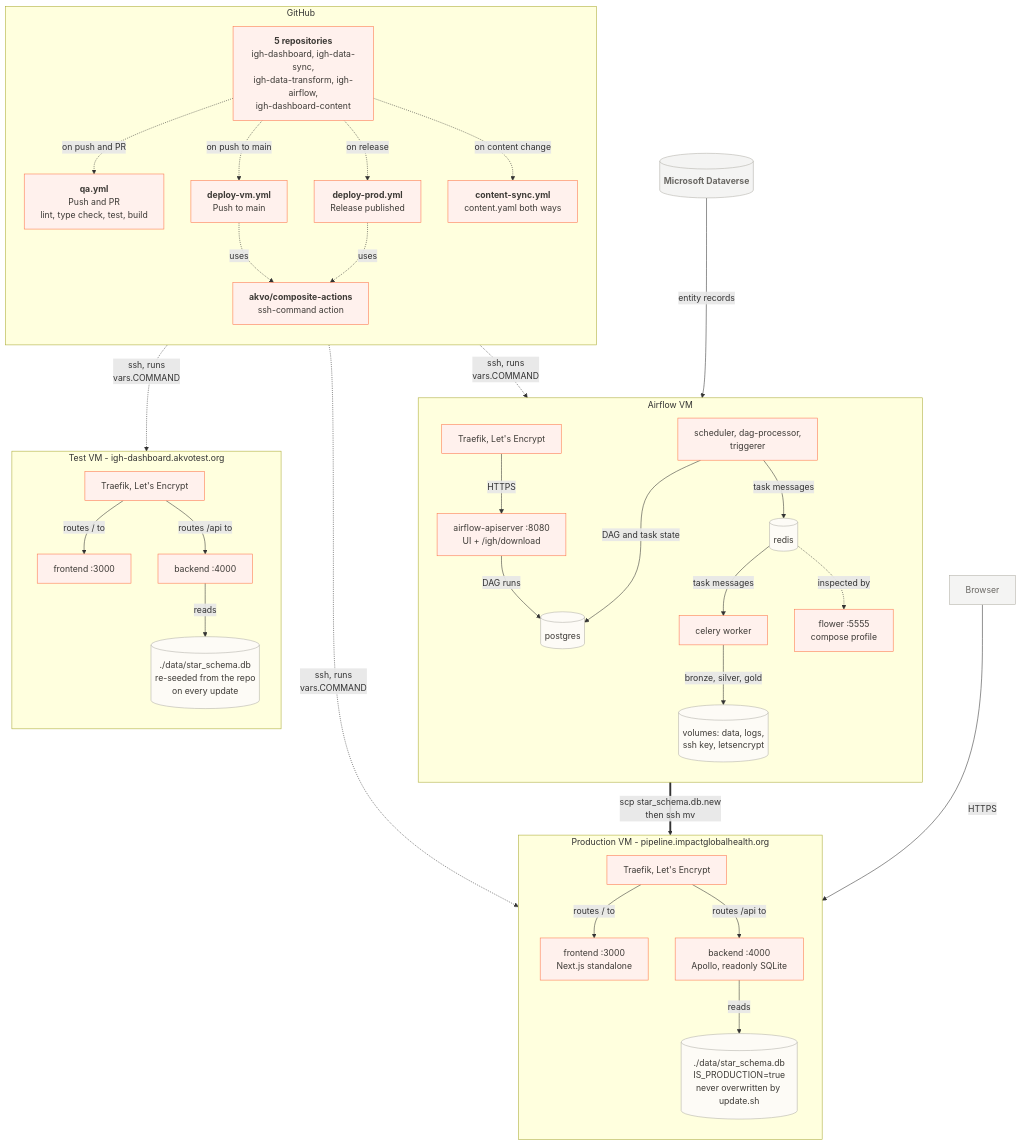
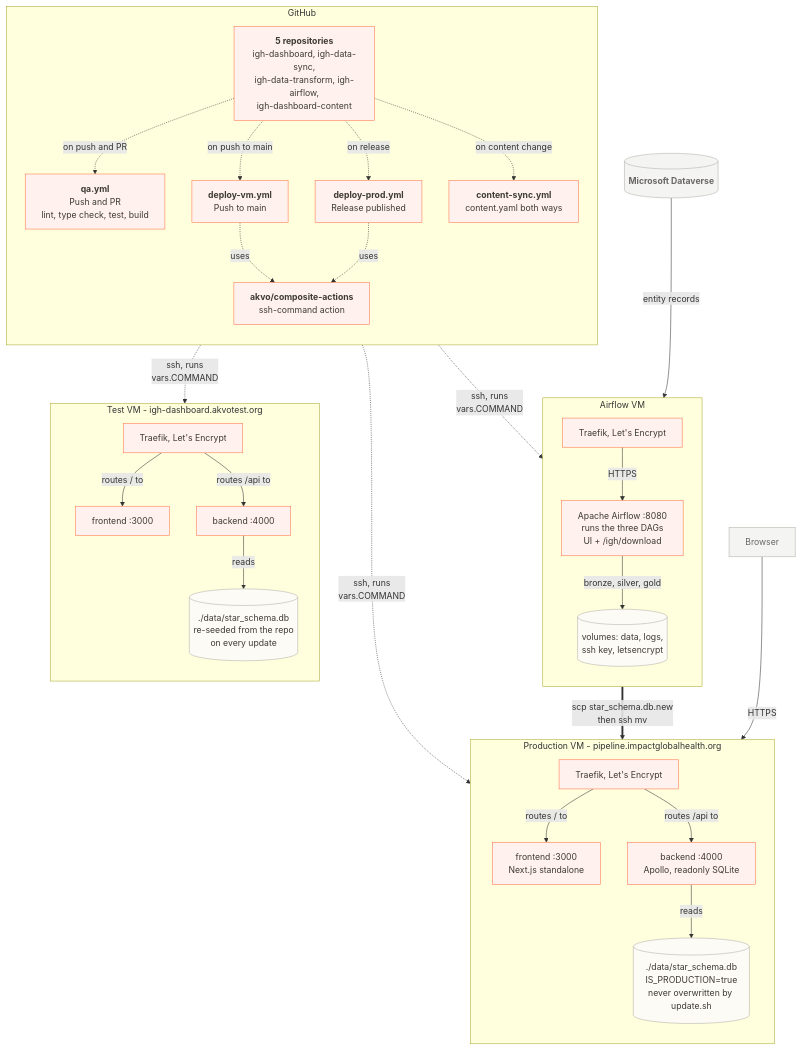
Before and after one commit to akvo/igh-dashboard: the diagram in docs/lld/diagrams/14-infrastructure.mmd, drawn with Mermaid. The commit also changed 6 other files, not shown here.

```diff
--- a/docs/lld/diagrams/14-infrastructure.mmd
+++ b/docs/lld/diagrams/14-infrastructure.mmd
@@ -1,77 +1,67 @@
 %% Infrastructure and deployment. Reads top to bottom: GitHub, then the three machines.
 %% Solid arrows carry data or requests and say what flows. Dotted arrows show one thing running another.
 flowchart TB
     dv[("<b>Microsoft Dataverse</b>")]
 
     subgraph gh["GitHub"]
         direction TB
         repos["<b>5 repositories</b><br/>igh-dashboard, igh-data-sync,<br/>igh-data-transform, igh-airflow,<br/>igh-dashboard-content"]
         qa["<b>qa.yml</b><br/>Push and PR<br/>lint, type check, test, build"]
         dtest["<b>deploy-vm.yml</b><br/>Push to main"]
         dprod["<b>deploy-prod.yml</b><br/>Release published"]
         csync["<b>content-sync.yml</b><br/>content.yaml both ways"]
         ca["<b>akvo/composite-actions</b><br/>ssh-command action"]
         repos -.->|"on push and PR"| qa
         repos -.->|"on push to main"| dtest
         repos -.->|"on release"| dprod
         repos -.->|"on content change"| csync
         dtest -.->|"uses"| ca
         dprod -.->|"uses"| ca
     end
 
     subgraph airvm["Airflow VM"]
         direction TB
         a_traefik["Traefik, Let's Encrypt"]
-        a_api["airflow-apiserver :8080<br/>UI + /igh/download"]
-        a_sched["scheduler, dag-processor,<br/>triggerer"]
-        a_redis[("redis")]
-        a_worker["celery worker"]
-        a_pg[("postgres")]
+        a_airflow["Apache Airflow :8080<br/>runs the three DAGs<br/>UI + /igh/download"]
         a_vols[("volumes: data, logs,<br/>ssh key, letsencrypt")]
-        a_flower["flower :5555<br/>compose profile"]
-        a_traefik -->|"HTTPS"| a_api
-        a_api -->|"DAG runs"| a_pg
-        a_sched -->|"DAG and task state"| a_pg
-        a_sched -->|"task messages"| a_redis
-        a_redis -->|"task messages"| a_worker
-        a_worker -->|"bronze, silver, gold"| a_vols
-        a_redis -.->|"inspected by"| a_flower
+        a_traefik -->|"HTTPS"| a_airflow
+        a_airflow -->|"bronze, silver, gold"| a_vols
     end
 
     subgraph testvm["Test VM - igh-dashboard.akvotest.org"]
         direction TB
         t_traefik["Traefik, Let's Encrypt"]
         t_fe["frontend :3000"]
         t_be["backend :4000"]
         t_db[("./data/star_schema.db<br/>re-seeded from the repo<br/>on every update")]
         t_traefik -->|"routes / to"| t_fe
         t_traefik -->|"routes /api to"| t_be
         t_be -->|"reads"| t_db
     end
 
     subgraph prodvm["Production VM - pipeline.impactglobalhealth.org"]
         direction TB
         p_traefik["Traefik, Let's Encrypt"]
         p_fe["frontend :3000<br/>Next.js standalone"]
         p_be["backend :4000<br/>Apollo, readonly SQLite"]
         p_db[("./data/star_schema.db<br/>IS_PRODUCTION=true<br/>never overwritten by update.sh")]
         p_traefik -->|"routes / to"| p_fe
         p_traefik -->|"routes /api to"| p_be
         p_be -->|"reads"| p_db
     end
 
     user["Browser"]
 
     ca -.->|"ssh, runs<br/>vars.COMMAND"| airvm
     ca -.->|"ssh, runs<br/>vars.COMMAND"| testvm
     ca -.->|"ssh, runs<br/>vars.COMMAND"| prodvm
     dv -->|"entity records"| airvm
-    a_worker ==>|"scp star_schema.db.new<br/>then ssh mv"| p_db
+    a_airflow ==>|"scp star_schema.db.new<br/>then ssh mv"| p_db
     user -->|"HTTPS"| p_traefik
 
     classDef comp fill:#fff1ed,stroke:#fe7449,color:#3d3a36
     classDef store fill:#fdfbf6,stroke:#b2afa7,color:#3d3a36
     classDef ext fill:#f4f4f3,stroke:#b2afa7,color:#696763
-    class repos,qa,dtest,dprod,csync,ca,t_traefik,t_fe,t_be,p_traefik,p_fe,p_be,a_traefik,a_api,a_sched,a_worker,a_flower comp
-    class t_db,p_db,a_pg,a_redis,a_vols store
+    class repos,qa,dtest,dprod,csync,ca,t_traefik,t_fe,t_be,p_traefik,p_fe,p_be,a_traefik,a_airflow comp
+    class t_db,p_db,a_vols store
     class dv,user ext
```
